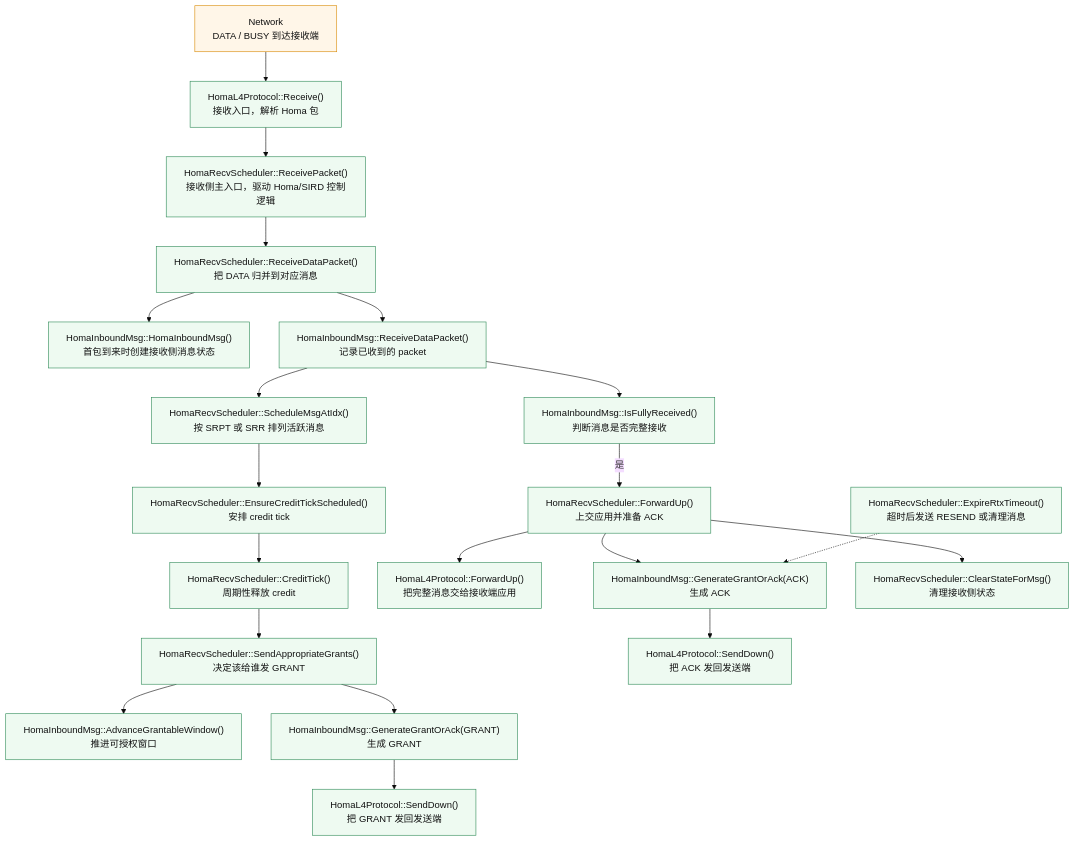
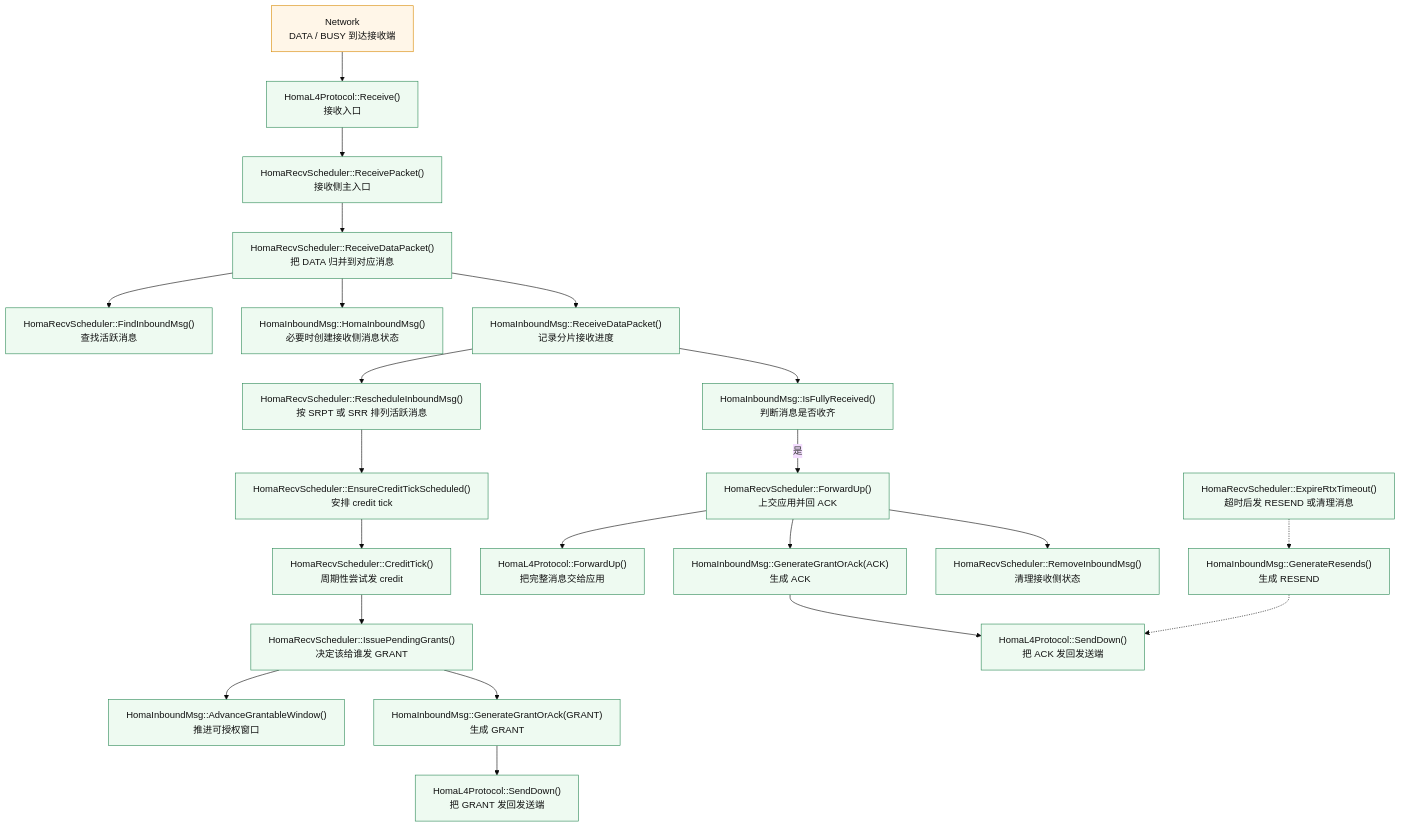
The second of 2 diagrams in docs/homa_send_recv_call_graph_simple_zh.md (chendaichun/HomaL4Protocol-ns-3), drawn with Mermaid (base theme) before and after one commit. The commit also changed other lines of this file and 57 other files, not shown here.

Commit message:
Refactor Homa protocol and add sim1 RPC experiments

````diff
--- a/docs/homa_send_recv_call_graph_simple_zh.md
+++ b/docs/homa_send_recv_call_graph_simple_zh.md
@@ -48,29 +56,31 @@
 ```mermaid
 flowchart TD
-    A["Network<br/>DATA / BUSY 到达接收端"] --> B["HomaL4Protocol::Receive()<br/>接收入口，解析 Homa 包"]
-    B --> C["HomaRecvScheduler::ReceivePacket()<br/>接收侧主入口，驱动 Homa/SIRD 控制逻辑"]
+    A["Network<br/>DATA / BUSY 到达接收端"] --> B["HomaL4Protocol::Receive()<br/>接收入口"]
+    B --> C["HomaRecvScheduler::ReceivePacket()<br/>接收侧主入口"]
     C --> D["HomaRecvScheduler::ReceiveDataPacket()<br/>把 DATA 归并到对应消息"]
-    D --> E["HomaInboundMsg::HomaInboundMsg()<br/>首包到来时创建接收侧消息状态"]
-    D --> F["HomaInboundMsg::ReceiveDataPacket()<br/>记录已收到的 packet"]
-    F --> G["HomaRecvScheduler::ScheduleMsgAtIdx()<br/>按 SRPT 或 SRR 排列活跃消息"]
-    G --> H["HomaRecvScheduler::EnsureCreditTickScheduled()<br/>安排 credit tick"]
-    H --> I["HomaRecvScheduler::CreditTick()<br/>周期性释放 credit"]
-    I --> J["HomaRecvScheduler::SendAppropriateGrants()<br/>决定该给谁发 GRANT"]
-    J --> K["HomaInboundMsg::AdvanceGrantableWindow()<br/>推进可授权窗口"]
-    J --> L["HomaInboundMsg::GenerateGrantOrAck(GRANT)<br/>生成 GRANT"]
-    L --> M["HomaL4Protocol::SendDown()<br/>把 GRANT 发回发送端"]
+    D --> E["HomaRecvScheduler::FindInboundMsg()<br/>查找活跃消息"]
+    D --> F["HomaInboundMsg::HomaInboundMsg()<br/>必要时创建接收侧消息状态"]
+    D --> G["HomaInboundMsg::ReceiveDataPacket()<br/>记录分片接收进度"]
+    G --> H["HomaRecvScheduler::RescheduleInboundMsg()<br/>按 SRPT 或 SRR 排列活跃消息"]
+    H --> I["HomaRecvScheduler::EnsureCreditTickScheduled()<br/>安排 credit tick"]
+    I --> J["HomaRecvScheduler::CreditTick()<br/>周期性尝试发 credit"]
+    J --> K["HomaRecvScheduler::IssuePendingGrants()<br/>决定该给谁发 GRANT"]
+    K --> L["HomaInboundMsg::AdvanceGrantableWindow()<br/>推进可授权窗口"]
+    K --> M["HomaInboundMsg::GenerateGrantOrAck(GRANT)<br/>生成 GRANT"]
+    M --> N["HomaL4Protocol::SendDown()<br/>把 GRANT 发回发送端"]
 
-    F --> N["HomaInboundMsg::IsFullyReceived()<br/>判断消息是否完整接收"]
-    N -->|是| O["HomaRecvScheduler::ForwardUp()<br/>上交应用并准备 ACK"]
-    O --> P["HomaL4Protocol::ForwardUp()<br/>把完整消息交给接收端应用"]
-    O --> Q["HomaInboundMsg::GenerateGrantOrAck(ACK)<br/>生成 ACK"]
-    Q --> R["HomaL4Protocol::SendDown()<br/>把 ACK 发回发送端"]
-    O --> S["HomaRecvScheduler::ClearStateForMsg()<br/>清理接收侧状态"]
+    G --> O["HomaInboundMsg::IsFullyReceived()<br/>判断消息是否收齐"]
+    O -->|是| P["HomaRecvScheduler::ForwardUp()<br/>上交应用并回 ACK"]
+    P --> Q["HomaL4Protocol::ForwardUp()<br/>把完整消息交给应用"]
+    P --> R["HomaInboundMsg::GenerateGrantOrAck(ACK)<br/>生成 ACK"]
+    R --> S["HomaL4Protocol::SendDown()<br/>把 ACK 发回发送端"]
+    P --> T["HomaRecvScheduler::RemoveInboundMsg()<br/>清理接收侧状态"]
 
-    T["HomaRecvScheduler::ExpireRtxTimeout()<br/>超时后发送 RESEND 或清理消息"] -.-> Q
+    U["HomaRecvScheduler::ExpireRtxTimeout()<br/>超时后发 RESEND 或清理消息"] -.-> V["HomaInboundMsg::GenerateResends()<br/>生成 RESEND"]
+    V -.-> S
 
     classDef receiver fill:#eefaf1,stroke:#2d8a57,stroke-width:1px,color:#111;
     classDef network fill:#fff6e8,stroke:#d88900,stroke-width:1px,color:#111;
     class A network;
-    class B,C,D,E,F,G,H,I,J,K,L,M,N,O,P,Q,R,S,T receiver;
+    class B,C,D,E,F,G,H,I,J,K,L,M,N,O,P,Q,R,S,T,U,V receiver;
 ```
````
